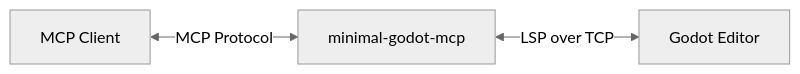
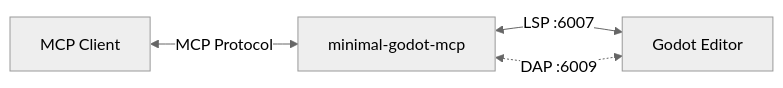
One commit to ryanmazzolini/minimal-godot-mcp changed the diagram in README.md. Above: the diagram before and after it, drawn with Mermaid (neutral theme). The commit also changed other lines of this file and 12 other files, not shown here.

````diff
--- a/README.md
+++ b/README.md
@@ -145,5 +182,6 @@
 ```mermaid
 flowchart LR
     MCP[MCP Client] <-->|MCP Protocol| Server[minimal-godot-mcp]
-    Server <-->|LSP over TCP| Godot[Godot Editor]
+    Server <-->|LSP :6007| Godot[Godot Editor]
+    Server <-.->|DAP :6009| Godot
 ```
````
